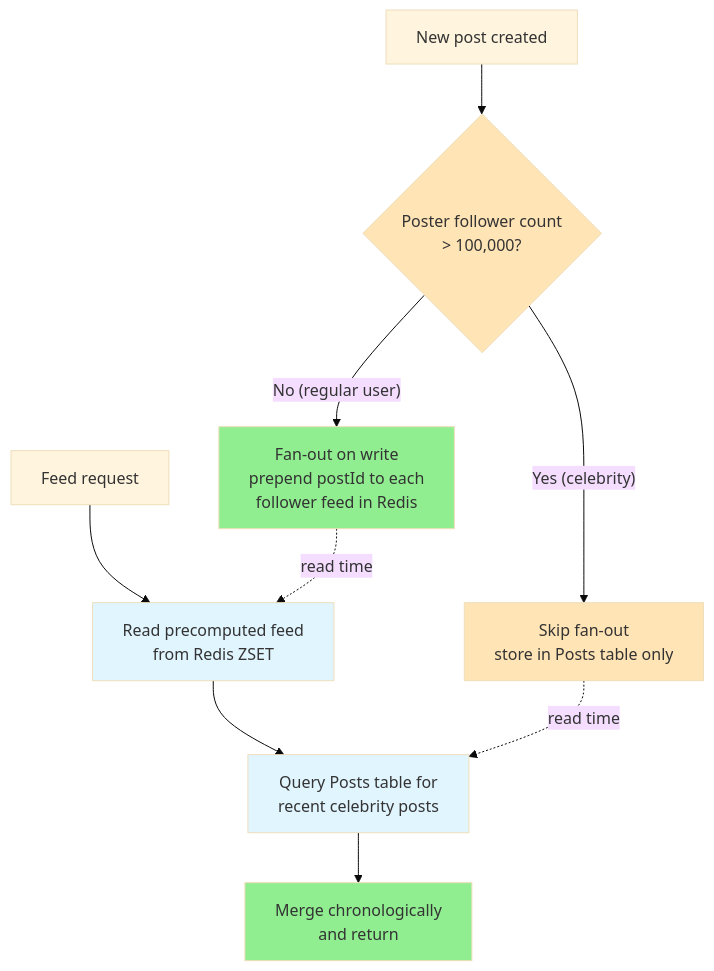
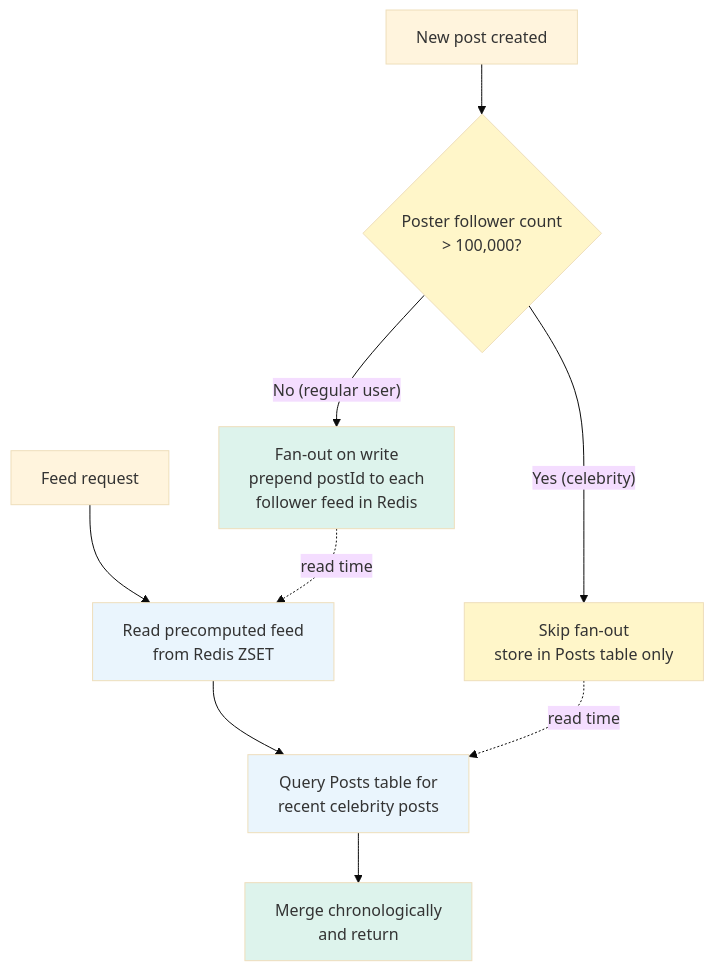
Before and after one commit to cartmancodes/InterviewVault: the third of 3 diagrams in LLD/SystemDesign/ProblemBreakdowns/Instagram.md, drawn with Mermaid (base theme). The commit also changed other lines of this file and 679 other files, not shown here.

Commit message:
Unify content diagrams and add accessible visual walkthroughs

````diff
--- a/LLD/SystemDesign/ProblemBreakdowns/Instagram.md
+++ b/LLD/SystemDesign/ProblemBreakdowns/Instagram.md
@@ -352,19 +352,19 @@
 ```mermaid
 graph TB
     P["New post created"] --> T{"Poster follower count<br/>&gt; 100,000?"}
     T -->|"No (regular user)"| W["Fan-out on write<br/>prepend postId to each<br/>follower feed in Redis"]
     T -->|"Yes (celebrity)"| S["Skip fan-out<br/>store in Posts table only"]
 
     R["Feed request"] --> M["Read precomputed feed<br/>from Redis ZSET"]
     M --> Q["Query Posts table for<br/>recent celebrity posts"]
     S -.->|"read time"| Q
     W -.->|"read time"| M
     Q --> MG["Merge chronologically<br/>and return"]
 
-    style W fill:#90EE90
-    style S fill:#FFE4B5
-    style M fill:#e1f5ff
-    style Q fill:#e1f5ff
-    style MG fill:#90EE90
-    style T fill:#FFE4B5
+    style W fill:#DDF3EC
+    style S fill:#FFF6C9
+    style M fill:#EAF5FD
+    style Q fill:#EAF5FD
+    style MG fill:#DDF3EC
+    style T fill:#FFF6C9
 ```
````
